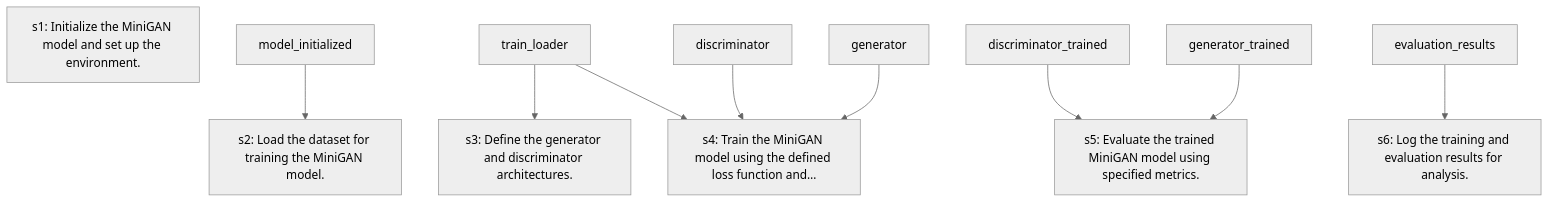
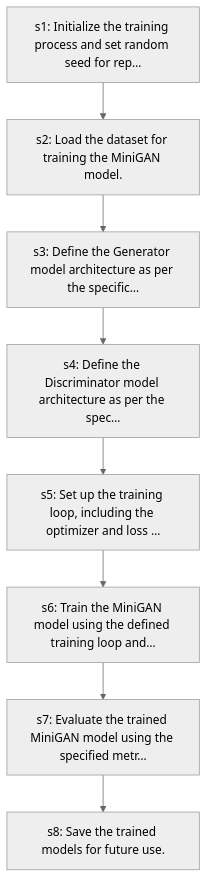
The diagram in samples/simple_gan/precomputed/dag.mmd (Yukieos/paper2code-plus), drawn with Mermaid (neutral theme) before and after one commit. The commit also changed 51 other files, not shown here.

```diff
--- a/samples/simple_gan/precomputed/dag.mmd
+++ b/samples/simple_gan/precomputed/dag.mmd
@@ -1,15 +1,16 @@
 flowchart TD
-  s1["s1: Initialize the MiniGAN model and set up the environment."]
+  s1["s1: Initialize the training process and set random seed for rep…"]
   s2["s2: Load the dataset for training the MiniGAN model."]
-  s3["s3: Define the generator and discriminator architectures."]
-  s4["s4: Train the MiniGAN model using the defined loss function and…"]
-  s5["s5: Evaluate the trained MiniGAN model using specified metrics."]
-  s6["s6: Log the training and evaluation results for analysis."]
-  model_initialized --> s2
-  train_loader --> s3
-  generator --> s4
-  discriminator --> s4
-  train_loader --> s4
-  generator_trained --> s5
-  discriminator_trained --> s5
-  evaluation_results --> s6
+  s3["s3: Define the Generator model architecture as per the specific…"]
+  s4["s4: Define the Discriminator model architecture as per the spec…"]
+  s5["s5: Set up the training loop, including the optimizer and loss …"]
+  s6["s6: Train the MiniGAN model using the defined training loop and…"]
+  s7["s7: Evaluate the trained MiniGAN model using the specified metr…"]
+  s8["s8: Save the trained models for future use."]
+  s1 --> s2
+  s2 --> s3
+  s3 --> s4
+  s4 --> s5
+  s5 --> s6
+  s6 --> s7
+  s7 --> s8
```
